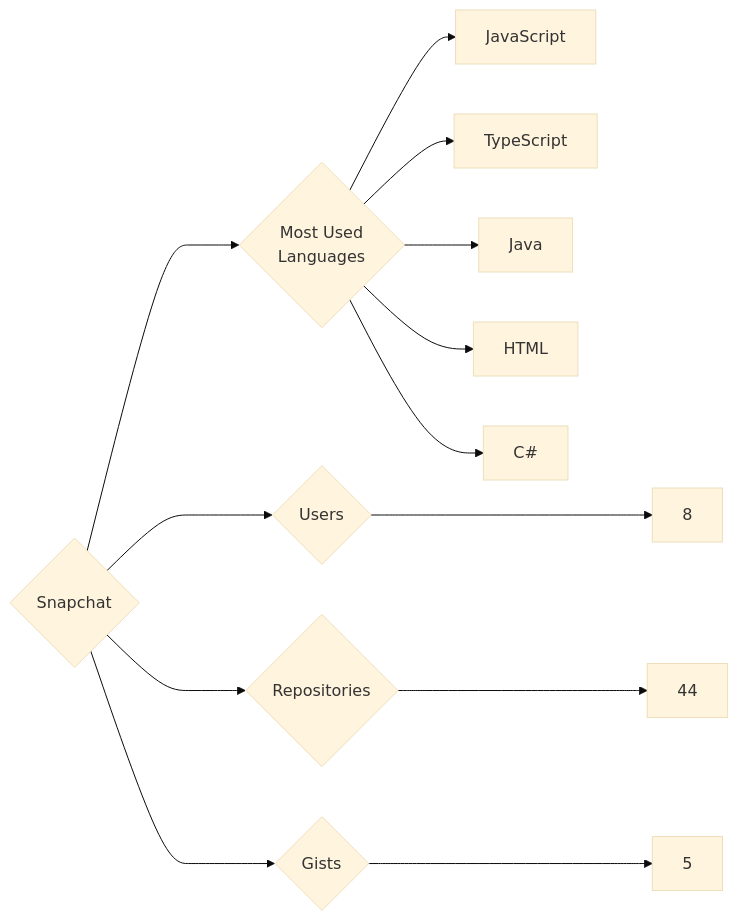
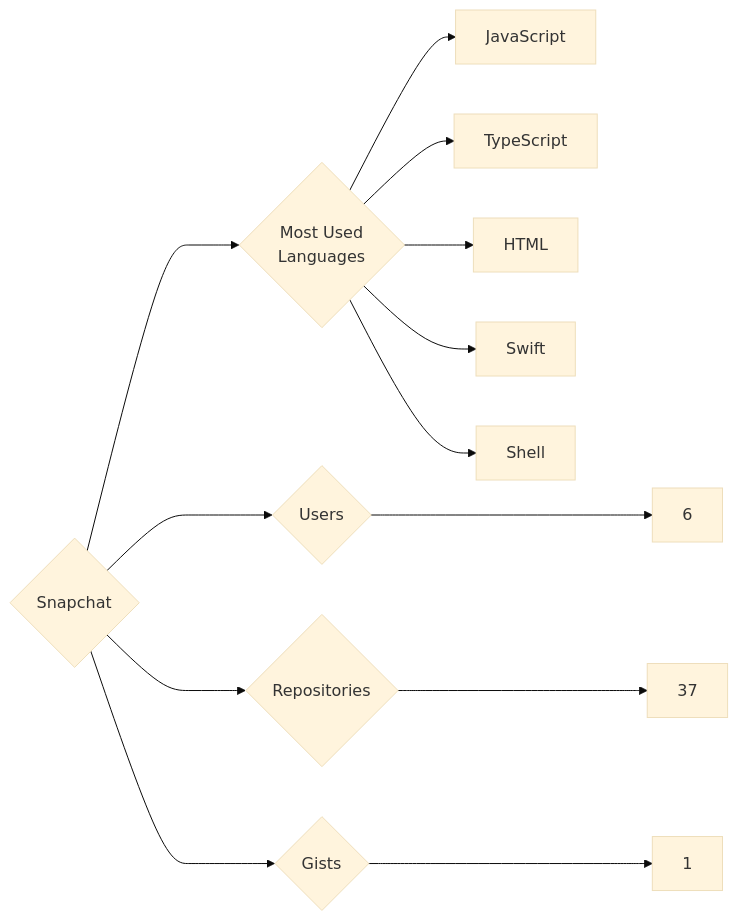
Before and after one commit to trickest/insiders: the diagram in targets/Snapchat/README.md, drawn with Mermaid (base theme). The commit also changed 1484 other files, not shown here.

````diff
--- a/targets/Snapchat/README.md
+++ b/targets/Snapchat/README.md
@@ -3,13 +3,13 @@
 ```mermaid
 graph LR
 COMPANY_NAME{Snapchat}
-COMPANY_NAME ---> U{Users} ---> UN[8]
-COMPANY_NAME ---> R{Repositories} ---> RN[44]
-COMPANY_NAME ---> G{Gists} ---> GN[5]
+COMPANY_NAME ---> U{Users} ---> UN[6]
+COMPANY_NAME ---> R{Repositories} ---> RN[37]
+COMPANY_NAME ---> G{Gists} ---> GN[1]
 COMPANY_NAME ---> ML{Most Used<br>Languages}
 ML --> JavaScript[JavaScript]
 ML --> TypeScript[TypeScript]
-ML --> Java[Java]
 ML --> HTML[HTML]
-ML --> C#[C#]
+ML --> Swift[Swift]
+ML --> Shell[Shell]
 ```
````
